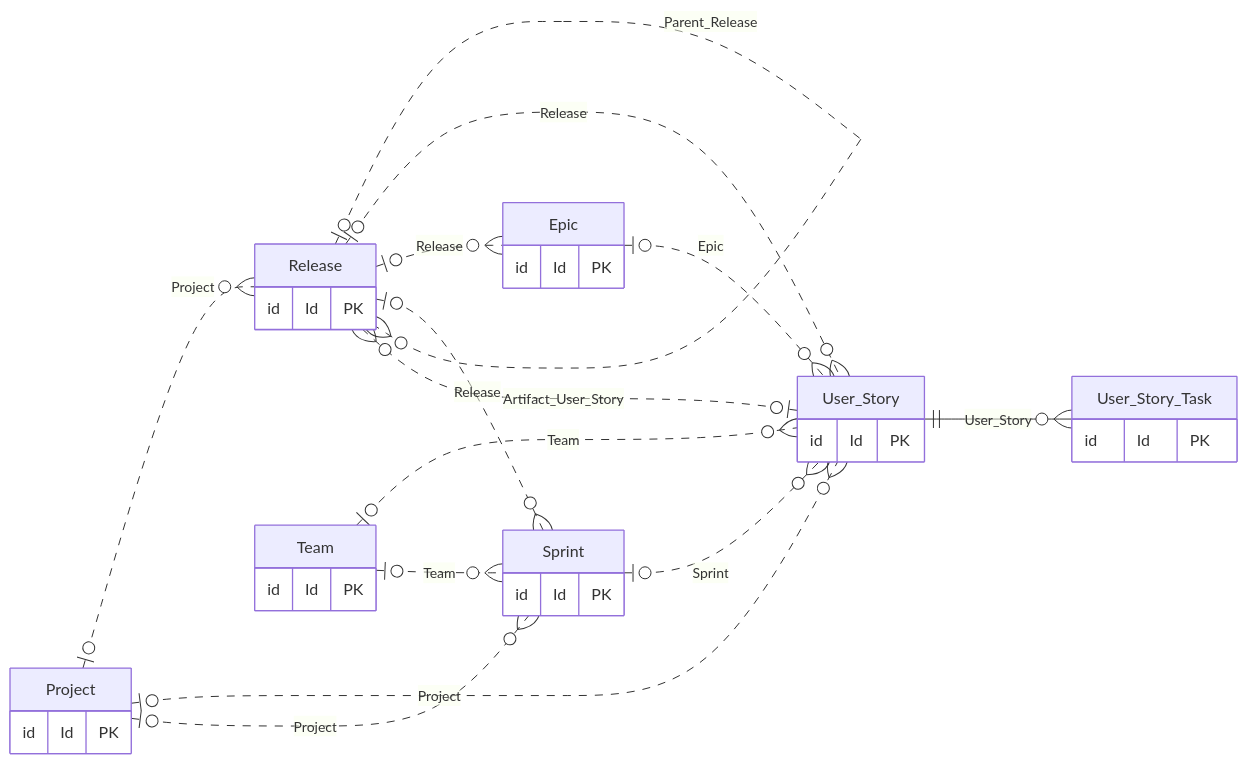
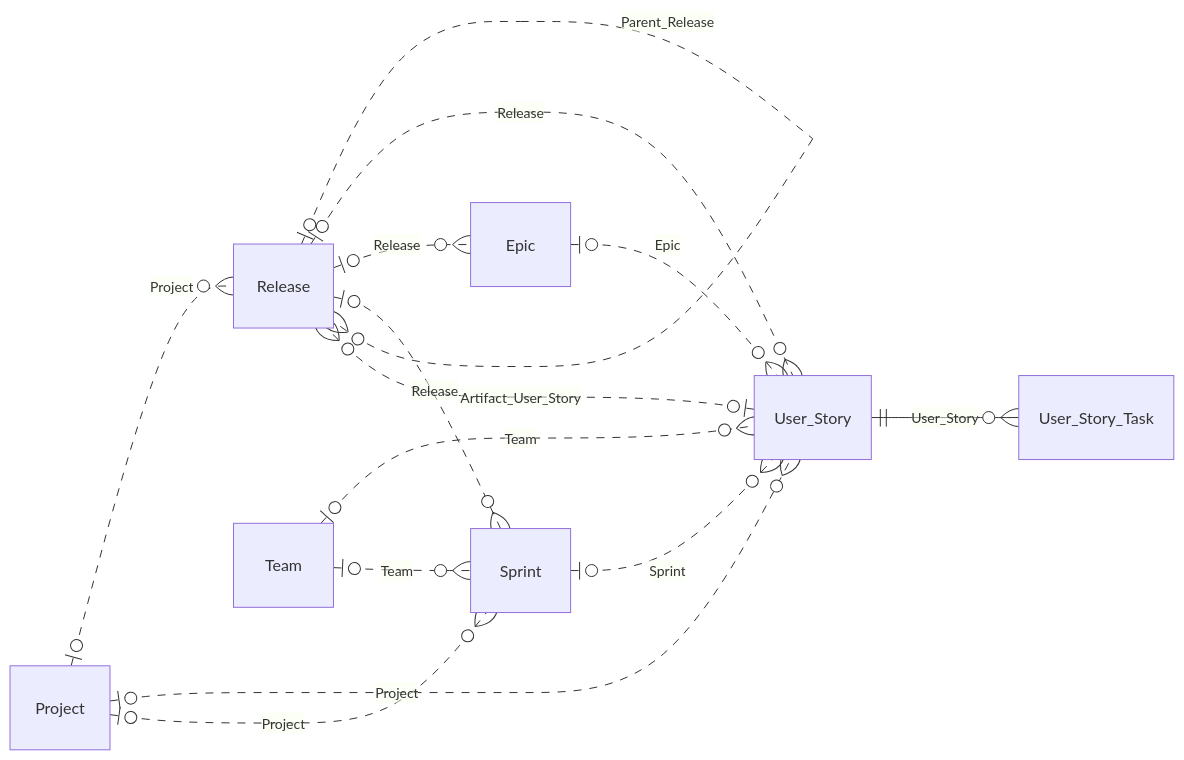
One commit to airbah/monsite changed the diagram in resources/copado-source-format/08-pilotage.mmd. Above: the diagram before and after it, drawn with Mermaid. The commit also changed 19 other files, not shown here.

Commit message:
Simplifier les diagrammes Copado en retirant la ligne Id et PK

```diff
--- a/resources/copado-source-format/08-pilotage.mmd
+++ b/resources/copado-source-format/08-pilotage.mmd
@@ -1,36 +1,22 @@
 erDiagram
     direction LR
-    Project {
-        id Id PK
-    }
-    Release {
-        id Id PK
-    }
-    User_Story {
-        id Id PK
-    }
-    Epic {
-        id Id PK
-    }
-    Sprint {
-        id Id PK
-    }
-    Team {
-        id Id PK
-    }
-    User_Story_Task {
-        id Id PK
-    }
+    Project
+    Release
+    User_Story
+    Epic
+    Sprint
+    Team
+    User_Story_Task
     Project |o..o{ Release : "Project"
     Release |o..o{ Release : "Parent_Release"
     User_Story |o..o{ Release : "Artifact_User_Story"
     Epic |o..o{ User_Story : "Epic"
     Project |o..o{ User_Story : "Project"
     Release |o..o{ User_Story : "Release"
     Sprint |o..o{ User_Story : "Sprint"
     Team |o..o{ User_Story : "Team"
     Release |o..o{ Epic : "Release"
     Project |o..o{ Sprint : "Project"
     Release |o..o{ Sprint : "Release"
     Team |o..o{ Sprint : "Team"
     User_Story ||--o{ User_Story_Task : "User_Story"
```
